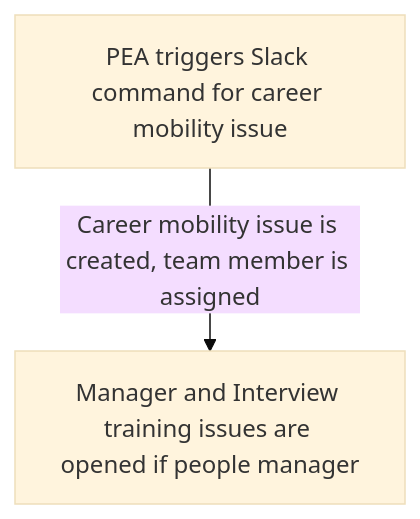
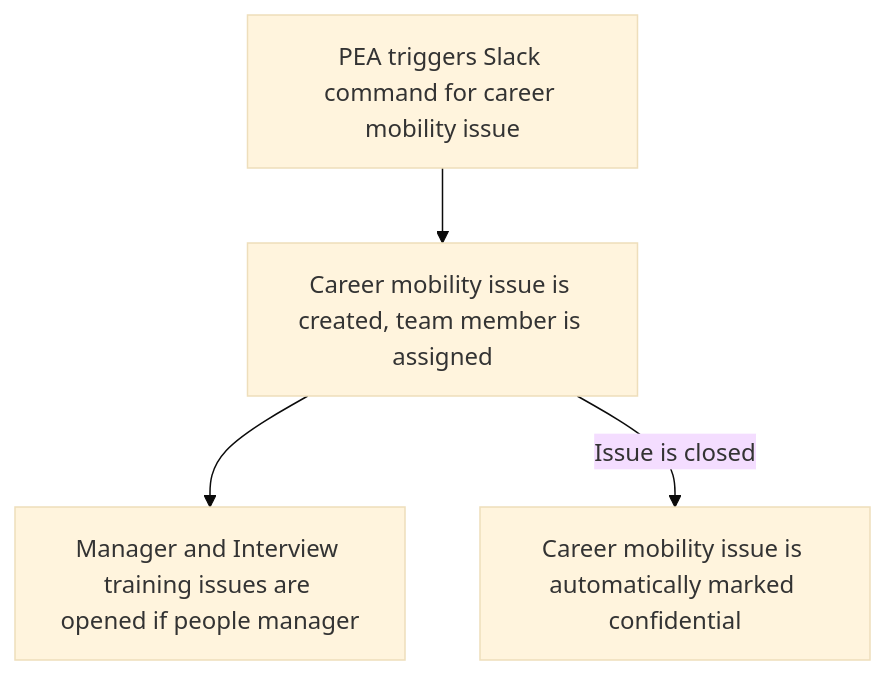
The diagram in people-group/engineering/career-mobility/index.html.md (secretstartups/handbook), drawn with Mermaid (base theme) before and after one commit.

Commit message:
Update mermaid diagram

````diff
--- a/people-group/engineering/career-mobility/index.html.md
+++ b/people-group/engineering/career-mobility/index.html.md
@@ -24,5 +24,8 @@
 ```mermaid
 graph TD
-  A[PEA triggers Slack command for career mobility issue] -->|Career mobility issue is created, team member is assigned| B
-  B[Manager and Interview training issues are opened if people manager]
+  A[PEA triggers Slack command for career mobility issue] --> B
+  B[Career mobility issue is created, team member is assigned] --> C
+  C[Manager and Interview training issues are opened if people manager]
+  D[Career mobility issue is automatically marked confidential]
+  B --> |Issue is closed|D
 ```
````
